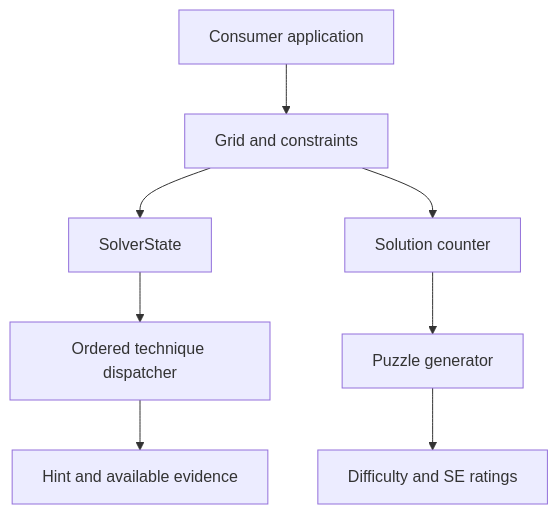
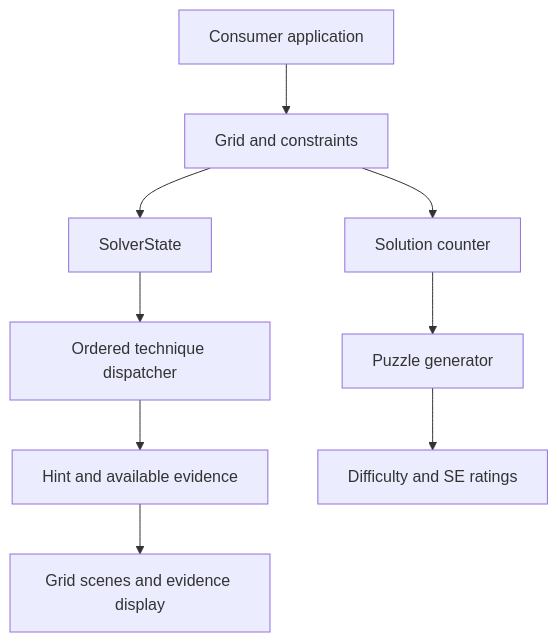
One commit to kcirtapfromspace/sudoku-core changed the first of 2 diagrams in README.md. Above: the diagram before and after it, drawn with Mermaid. The commit also changed other lines of this file and 13 other files, not shown here.

Commit message:
feat: export and render Sudoku grid evidence with checked proof traces

````diff
--- a/README.md
+++ b/README.md
@@ -9,10 +9,11 @@
 ```mermaid
 flowchart TD
     A[Consumer application] --> B[Grid and constraints]
     B --> C[SolverState]
     C --> D[Ordered technique dispatcher]
     D --> E[Hint and available evidence]
+    E --> I[Grid scenes and evidence display]
     B --> F[Solution counter]
     F --> G[Puzzle generator]
     G --> H[Difficulty and SE ratings]
 ```
````
